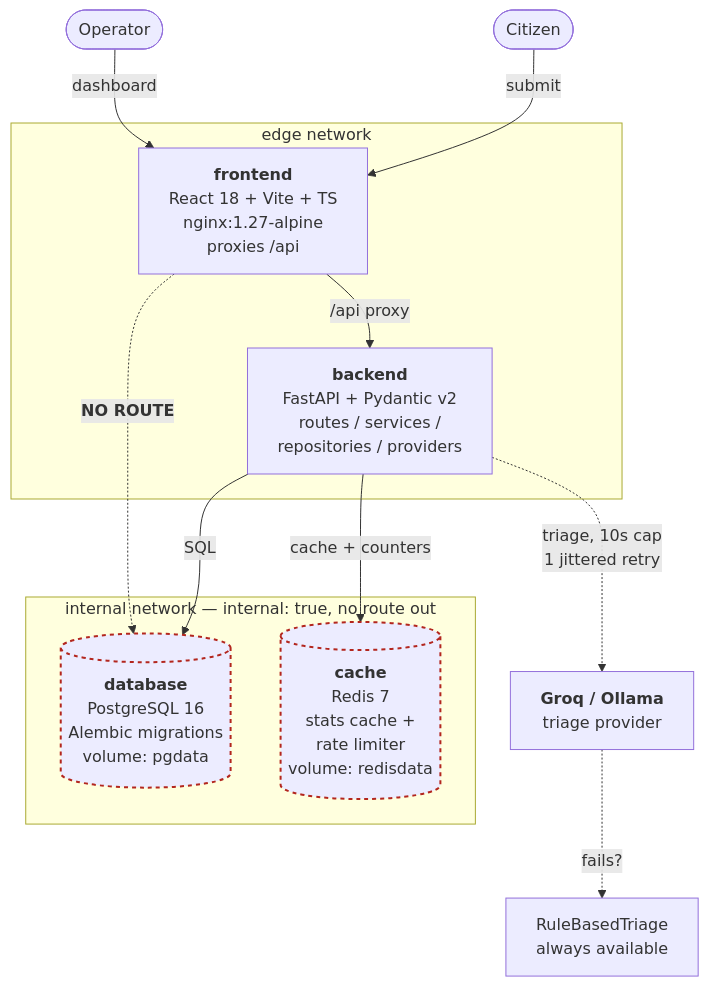
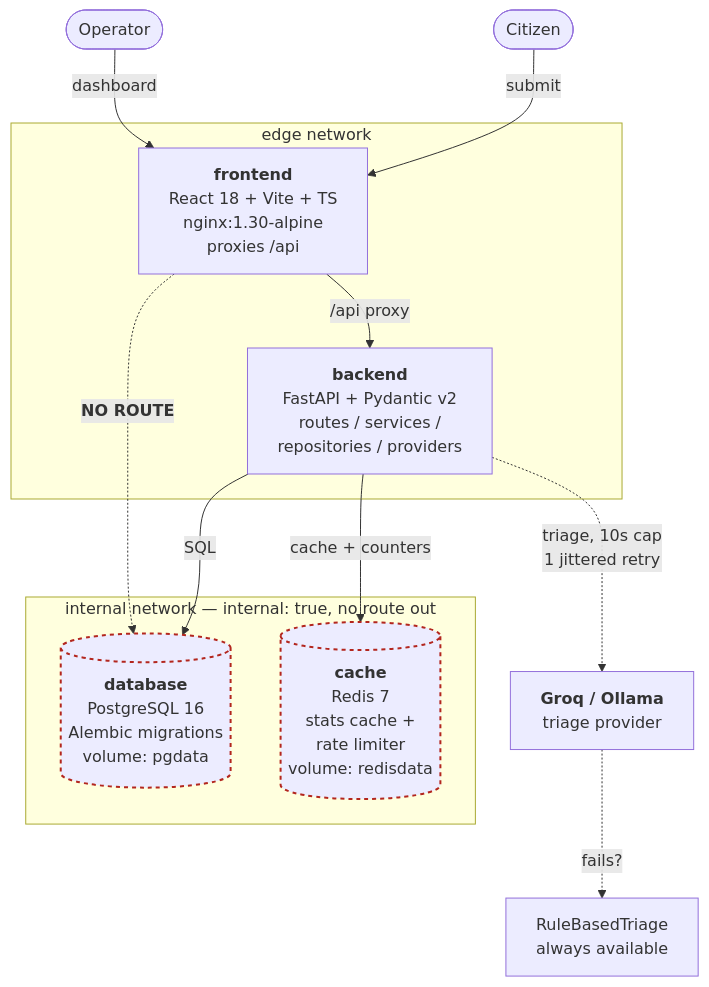
The diagram in README.md (Taha9876/SCD_A1), drawn with Mermaid before and after one commit. The commit also changed 2 other files, not shown here.

Commit message:
fix(frontend): move off end-of-life nginx 1.27 to clear Trivy findings
Trivy failed the frontend image with 40 HIGH/CRITICAL OS-package CVEs
(openssl, c-ares, musl, libxml2, zlib, ...), every one with a fix
available. nginx 1.27 is end-of-life, so its alpine image froze on
Alpine 3.21.3. Move to the maintained 1.30 stable line and run
`apk upgrade` so fixes published between upstream rebuilds are picked up.

Refs #16

````diff
--- a/README.md
+++ b/README.md
@@ -37,30 +37,30 @@
 ```mermaid
 graph TB
     citizen([Citizen])
     operator([Operator])
 
     subgraph edge["edge network"]
-        FE["<b>frontend</b><br/>React 18 + Vite + TS<br/>nginx:1.27-alpine<br/>proxies /api"]
+        FE["<b>frontend</b><br/>React 18 + Vite + TS<br/>nginx:1.30-alpine<br/>proxies /api"]
         BE["<b>backend</b><br/>FastAPI + Pydantic v2<br/>routes / services /<br/>repositories / providers"]
     end
 
     subgraph internal["internal network — internal: true, no route out"]
         DB[("<b>database</b><br/>PostgreSQL 16<br/>Alembic migrations<br/>volume: pgdata")]
         RD[("<b>cache</b><br/>Redis 7<br/>stats cache +<br/>rate limiter<br/>volume: redisdata")]
     end
 
     LLM["<b>Groq / Ollama</b><br/>triage provider"]
 
     citizen -->|"submit"| FE
     operator -->|"dashboard"| FE
     FE -->|"/api proxy"| BE
     BE -->|"SQL"| DB
     BE -->|"cache + counters"| RD
     BE -.->|"triage, 10s cap<br/>1 jittered retry"| LLM
     LLM -.->|"fails?"| RULES["RuleBasedTriage<br/>always available"]
 
     FE -.->|"<b>NO ROUTE</b>"| DB
 
     classDef blocked stroke:#b3261e,stroke-width:2px,stroke-dasharray:4
     class DB,RD blocked
 ```
````
